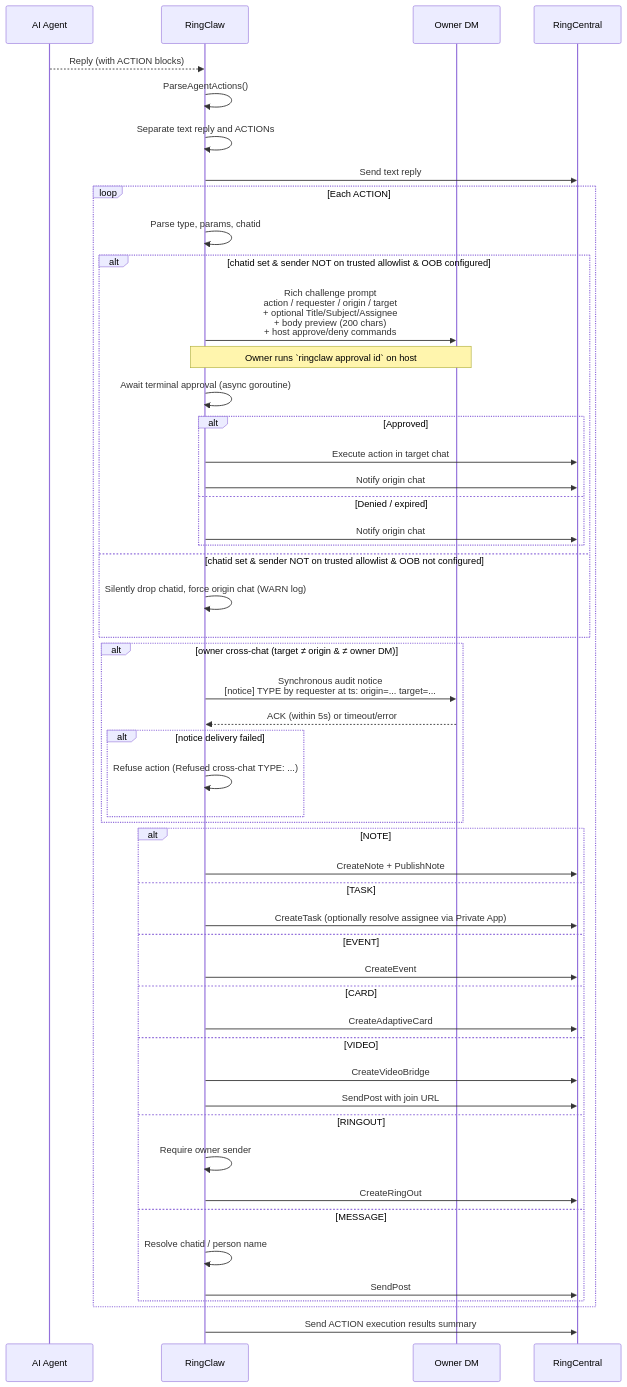
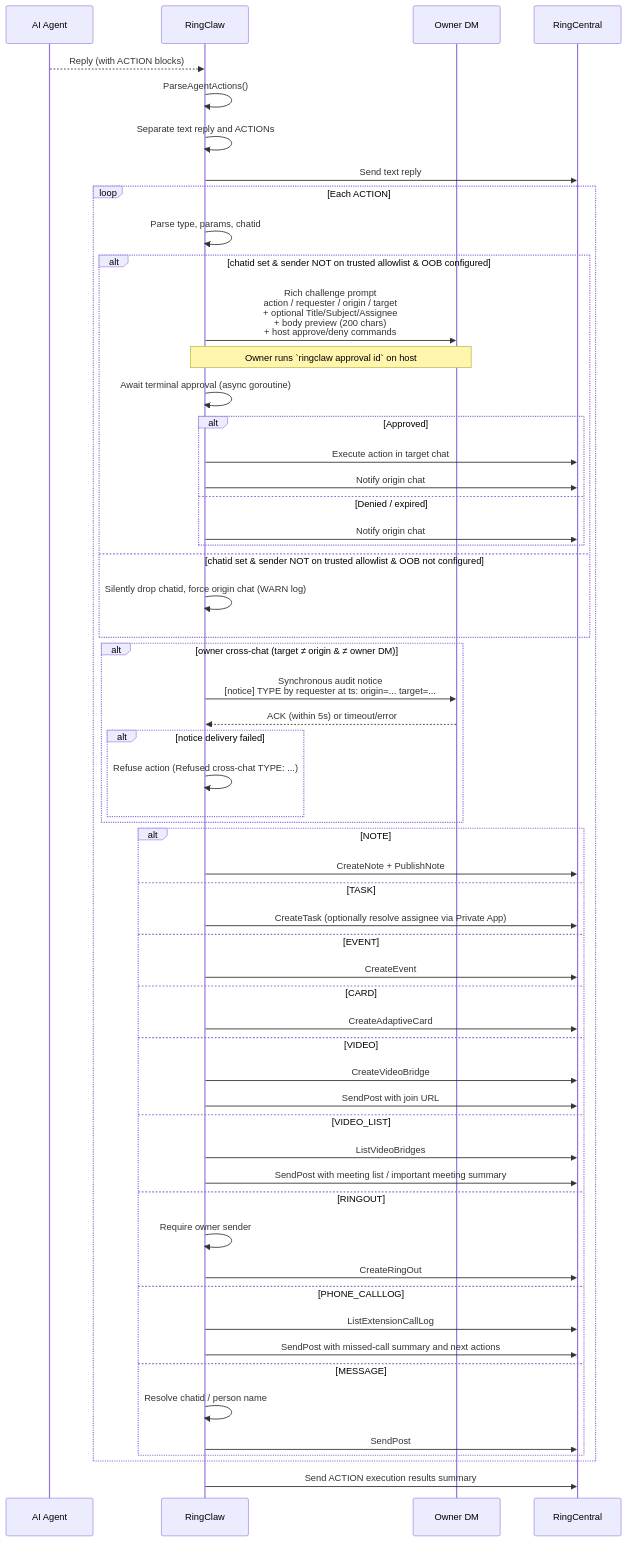
One commit to ringclaw/ringclaw changed the diagram in docs/features/actions.md. Above: the diagram before and after it, drawn with Mermaid. The commit also changed other lines of this file and 4 other files, not shown here.

Commit message:
docs: update video phone action wiki

````diff
--- a/docs/features/actions.md
+++ b/docs/features/actions.md
@@ -13,54 +13,60 @@
 ```mermaid
 sequenceDiagram
     participant AI as AI Agent
     participant R as RingClaw
     participant O as Owner DM
     participant RC as RingCentral
 
     AI-->>R: Reply (with ACTION blocks)
     R->>R: ParseAgentActions()
     R->>R: Separate text reply and ACTIONs
     R->>RC: Send text reply
     loop Each ACTION
         R->>R: Parse type, params, chatid
         alt chatid set & sender NOT on trusted allowlist & OOB configured
             R->>O: Rich challenge prompt<br/>action / requester / origin / target<br/>+ optional Title/Subject/Assignee<br/>+ body preview (200 chars)<br/>+ host approve/deny commands
             Note over O,R: Owner runs `ringclaw approval id` on host
             R->>R: Await terminal approval (async goroutine)
             alt Approved
                 R->>RC: Execute action in target chat
                 R->>RC: Notify origin chat
             else Denied / expired
                 R->>RC: Notify origin chat
             end
         else chatid set & sender NOT on trusted allowlist & OOB not configured
             R->>R: Silently drop chatid, force origin chat (WARN log)
         end
         alt owner cross-chat (target ≠ origin & ≠ owner DM)
             R->>O: Synchronous audit notice<br/>[notice] TYPE by requester at ts: origin=... target=...
             O-->>R: ACK (within 5s) or timeout/error
             alt notice delivery failed
                 R->>R: Refuse action (Refused cross-chat TYPE: ...)
             end
         end
         alt NOTE
             R->>RC: CreateNote + PublishNote
         else TASK
             R->>RC: CreateTask (optionally resolve assignee via Private App)
         else EVENT
             R->>RC: CreateEvent
         else CARD
             R->>RC: CreateAdaptiveCard
         else VIDEO
             R->>RC: CreateVideoBridge
             R->>RC: SendPost with join URL
+        else VIDEO_LIST
+            R->>RC: ListVideoBridges
+            R->>RC: SendPost with meeting list / important meeting summary
         else RINGOUT
             R->>R: Require owner sender
             R->>RC: CreateRingOut
+        else PHONE_CALLLOG
+            R->>RC: ListExtensionCallLog
+            R->>RC: SendPost with missed-call summary and next actions
         else MESSAGE
             R->>R: Resolve chatid / person name
             R->>RC: SendPost
         end
     end
     R->>RC: Send ACTION execution results summary
 ```
````
